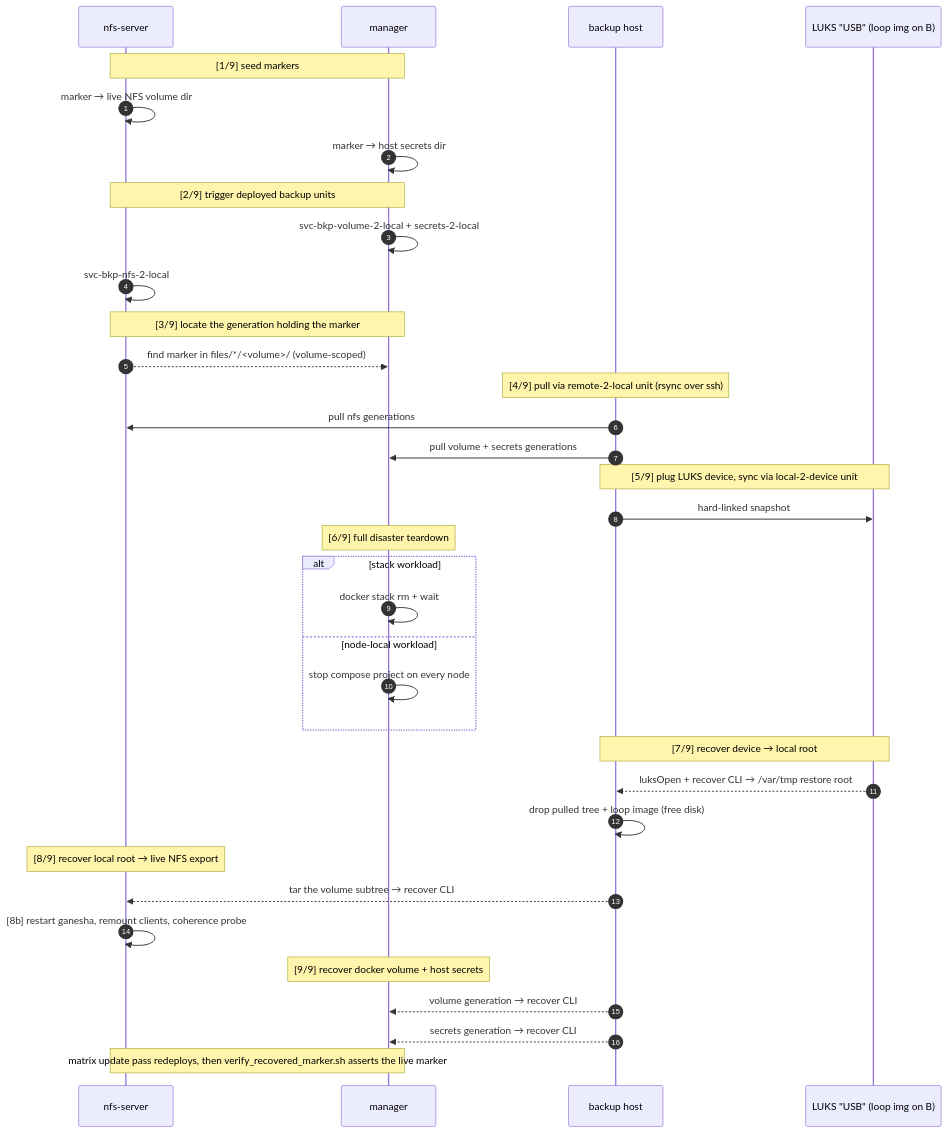
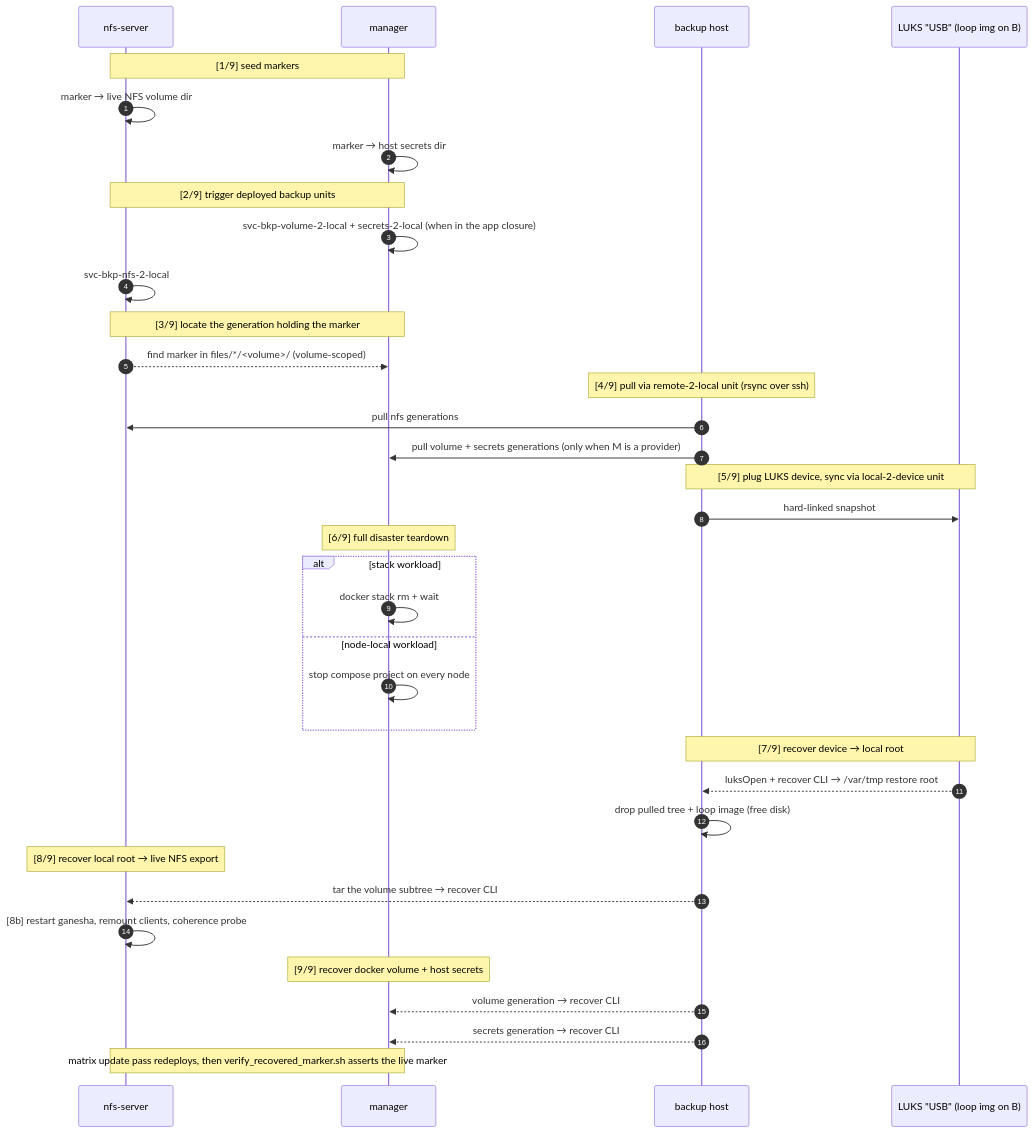
Before and after one commit to AlejandroRomanIbanez/infinito-nexus: the first of 2 diagrams in scripts/tests/deploy/swarm/routine/backup/README.md, drawn with Mermaid. The commit also changed other lines of this file and 8 other files, not shown here.

````diff
--- a/scripts/tests/deploy/swarm/routine/backup/README.md
+++ b/scripts/tests/deploy/swarm/routine/backup/README.md
@@ -11,47 +11,47 @@
 ```mermaid
 sequenceDiagram
     autonumber
     participant N as nfs-server
     participant M as manager
     participant B as backup host
     participant U as LUKS "USB" (loop img on B)
 
     Note over N,M: [1/9] seed markers
     N->>N: marker → live NFS volume dir
     M->>M: marker → host secrets dir
 
     Note over N,M: [2/9] trigger deployed backup units
-    M->>M: svc-bkp-volume-2-local + secrets-2-local
+    M->>M: svc-bkp-volume-2-local + secrets-2-local (when in the app closure)
     N->>N: svc-bkp-nfs-2-local
 
     Note over N,M: [3/9] locate the generation holding the marker
     N-->>M: find marker in files/*/<volume>/ (volume-scoped)
 
     Note over B: [4/9] pull via remote-2-local unit (rsync over ssh)
     B->>N: pull nfs generations
-    B->>M: pull volume + secrets generations
+    B->>M: pull volume + secrets generations (only when M is a provider)
 
     Note over B,U: [5/9] plug LUKS device, sync via local-2-device unit
     B->>U: hard-linked snapshot
 
     Note over M: [6/9] full disaster teardown
     alt stack workload
         M->>M: docker stack rm + wait
     else node-local workload
         M->>M: stop compose project on every node
     end
 
     Note over B,U: [7/9] recover device → local root
     U-->>B: luksOpen + recover CLI → /var/tmp restore root
     B->>B: drop pulled tree + loop image (free disk)
 
     Note over N: [8/9] recover local root → live NFS export
     B-->>N: tar the volume subtree → recover CLI
     N->>N: [8b] restart ganesha, remount clients, coherence probe
 
     Note over M: [9/9] recover docker volume + host secrets
     B-->>M: volume generation → recover CLI
     B-->>M: secrets generation → recover CLI
 
     Note over M,N: matrix update pass redeploys, then verify_recovered_marker.sh asserts the live marker
 ```
````
